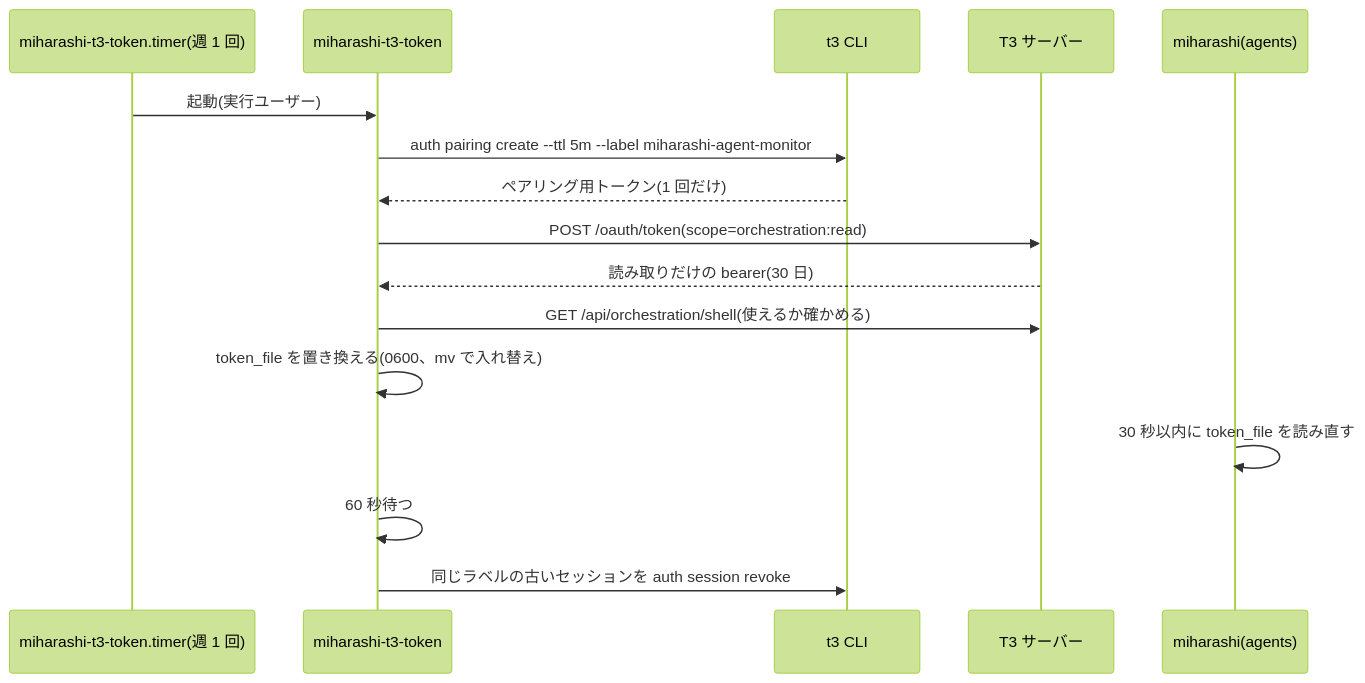
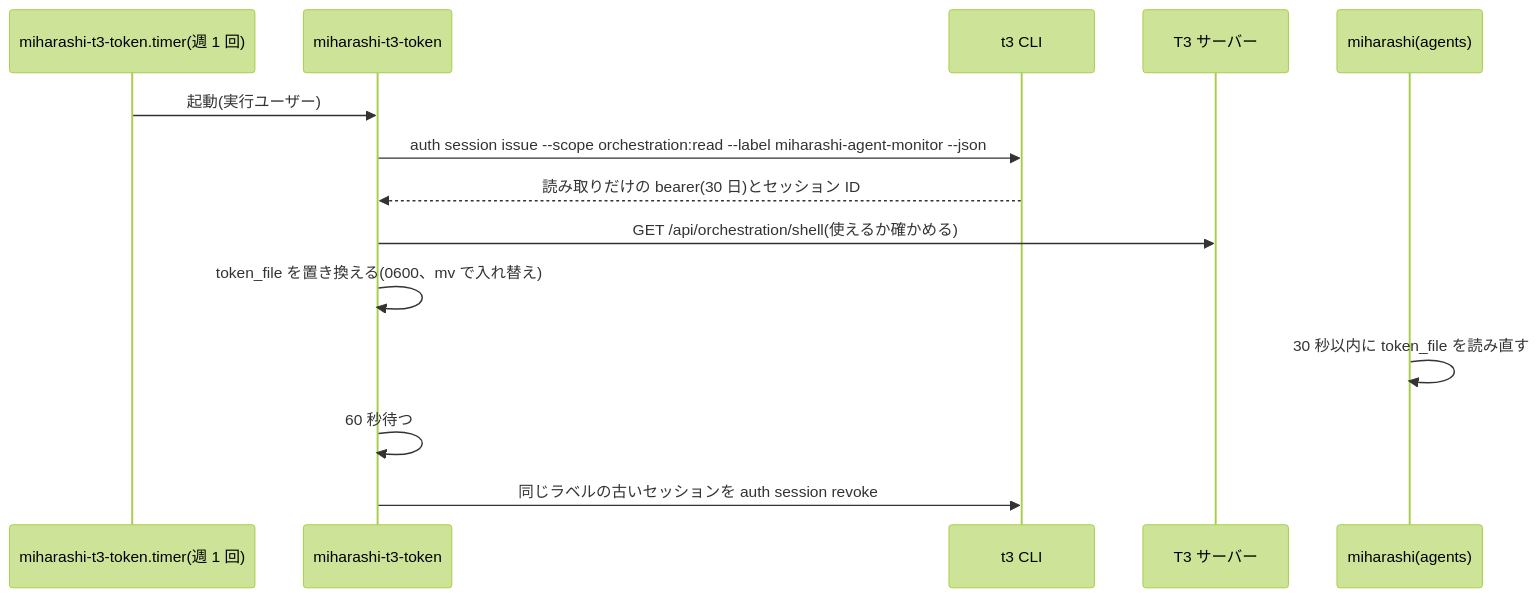
The diagram in docs/DESIGN-t3-token.md (ysogabe/miharashi), drawn with Mermaid (forest theme) before and after one commit. The commit also changed other lines of this file and 4 other files, not shown here.

First line of the commit message:
feat(t3-token): issue the read-only token with t3 auth session issue --scope (#68)

````diff
--- a/docs/DESIGN-t3-token.md
+++ b/docs/DESIGN-t3-token.md
@@ -65,18 +88,16 @@
 ```mermaid
 sequenceDiagram
     participant TM as miharashi-t3-token.timer(週 1 回)
     participant SH as miharashi-t3-token
     participant CLI as t3 CLI
     participant T3 as T3 サーバー
     participant MH as miharashi(agents)
     TM->>SH: 起動(実行ユーザー)
-    SH->>CLI: auth pairing create --ttl 5m --label miharashi-agent-monitor
-    CLI-->>SH: ペアリング用トークン(1 回だけ)
-    SH->>T3: POST /oauth/token(scope=orchestration:read)
-    T3-->>SH: 読み取りだけの bearer(30 日)
+    SH->>CLI: auth session issue --scope orchestration:read --label miharashi-agent-monitor --json
+    CLI-->>SH: 読み取りだけの bearer(30 日)とセッション ID
     SH->>T3: GET /api/orchestration/shell(使えるか確かめる)
     SH->>SH: token_file を置き換える(0600、mv で入れ替え)
     MH->>MH: 30 秒以内に token_file を読み直す
     SH->>SH: 60 秒待つ
     SH->>CLI: 同じラベルの古いセッションを auth session revoke
 ```
````
